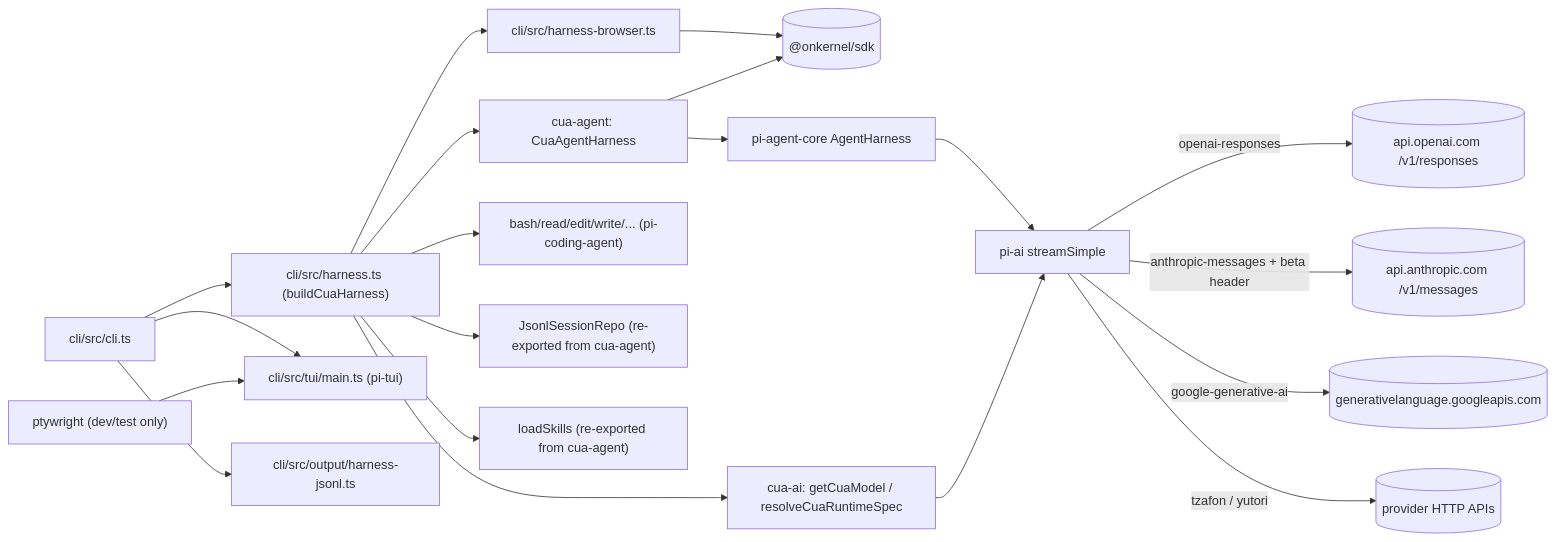
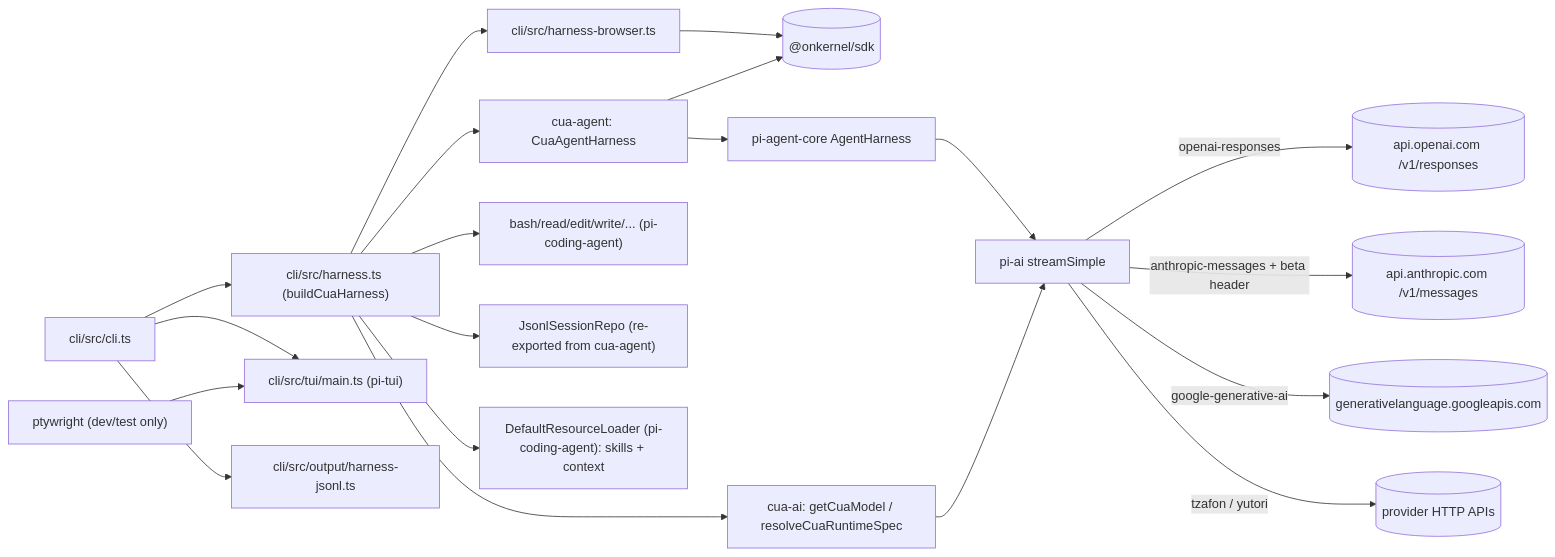
One commit to kernel/cua changed the second of 2 diagrams in docs/architecture.md. Above: the diagram before and after it, drawn with Mermaid. The commit also changed other lines of this file and 16 other files, not shown here.

First line of the commit message:
Load installed-plugin skills and align cua-cli startup with pi (#32)

````diff
--- a/docs/architecture.md
+++ b/docs/architecture.md
@@ -274,23 +281,23 @@
 ```mermaid
 flowchart LR
   cli["cli/src/cli.ts"]
   cli --> harness["cli/src/harness.ts (buildCuaHarness)"]
   harness --> browserMod["cli/src/harness-browser.ts"]
   browserMod --> sdk[("@onkernel/sdk")]
   harness --> agentPkg["cua-agent: CuaAgentHarness"]
   agentPkg --> piHarness["pi-agent-core AgentHarness"]
   piHarness --> piAi["pi-ai streamSimple"]
   piAi -->|"openai-responses"| openai[("api.openai.com /v1/responses")]
   piAi -->|"anthropic-messages + beta header"| anthro[("api.anthropic.com /v1/messages")]
   piAi -->|"google-generative-ai"| gemini[("generativelanguage.googleapis.com")]
   piAi -->|"tzafon / yutori"| others[("provider HTTP APIs")]
   agentPkg --> sdk
   harness --> aiPkg["cua-ai: getCuaModel / resolveCuaRuntimeSpec"]
   aiPkg --> piAi
   harness --> coding["bash/read/edit/write/... (pi-coding-agent)"]
   harness --> sessions["JsonlSessionRepo (re-exported from cua-agent)"]
-  harness --> skillsMod["loadSkills (re-exported from cua-agent)"]
+  harness --> skillsMod["DefaultResourceLoader (pi-coding-agent): skills + context"]
   cli --> tui["cli/src/tui/main.ts (pi-tui)"]
   cli --> jsonl["cli/src/output/harness-jsonl.ts"]
   pty["ptywright (dev/test only)"] --> tui
 ```
````
